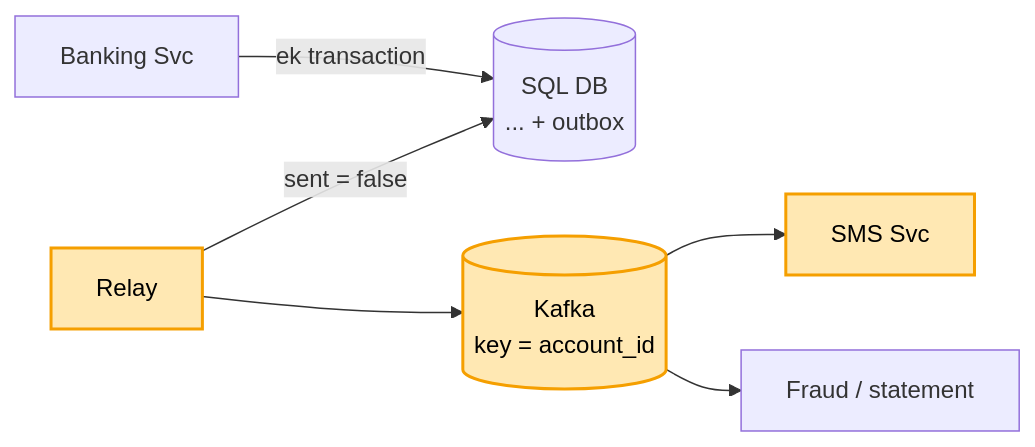
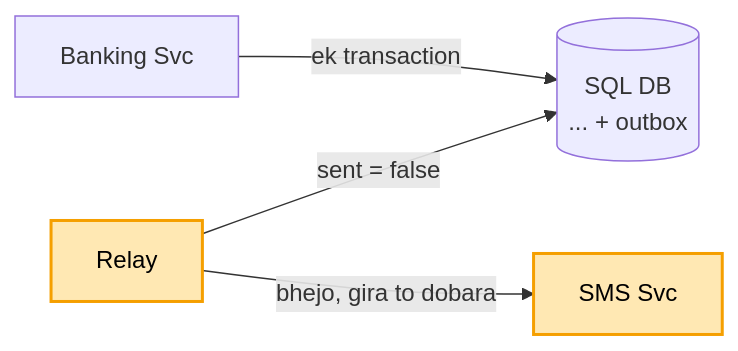
One commit to ArpanMaheshwari144/Prep changed the sixth of 10 diagrams in 04_HLD/SYSTEM_DESIGNS/13_banking_system/13_banking_system.md. Above: the diagram before and after it, drawn with Mermaid. The commit also changed other lines of this file and 2 other files, not shown here.

Commit message:
audit: banking kadam 6 sirf outbox (Kafka dikkat ne nahi maanga, ab sirf 'kai service ho to' line); chat kadam 4-5 kram saaf

````diff
--- a/04_HLD/SYSTEM_DESIGNS/13_banking_system/13_banking_system.md
+++ b/04_HLD/SYSTEM_DESIGNS/13_banking_system/13_banking_system.md
@@ -239,11 +238,8 @@
 ```mermaid
 flowchart LR
     S["Banking Svc"] -- "ek transaction" --> D[("SQL DB<br/>... + outbox")]
     RL["Relay"] -- "sent = false" --> D
-    RL --> K[("Kafka<br/>key = account_id")]
-    K --> SMS["SMS Svc"]
-    K --> F["Fraud / statement"]
+    RL -- "bhejo, gira to dobara" --> SMS["SMS Svc"]
     style RL fill:#ffe8b3,stroke:#f59f00,stroke-width:2px,color:#000
-    style K fill:#ffe8b3,stroke:#f59f00,stroke-width:2px,color:#000
     style SMS fill:#ffe8b3,stroke:#f59f00,stroke-width:2px,color:#000
 ```
````
